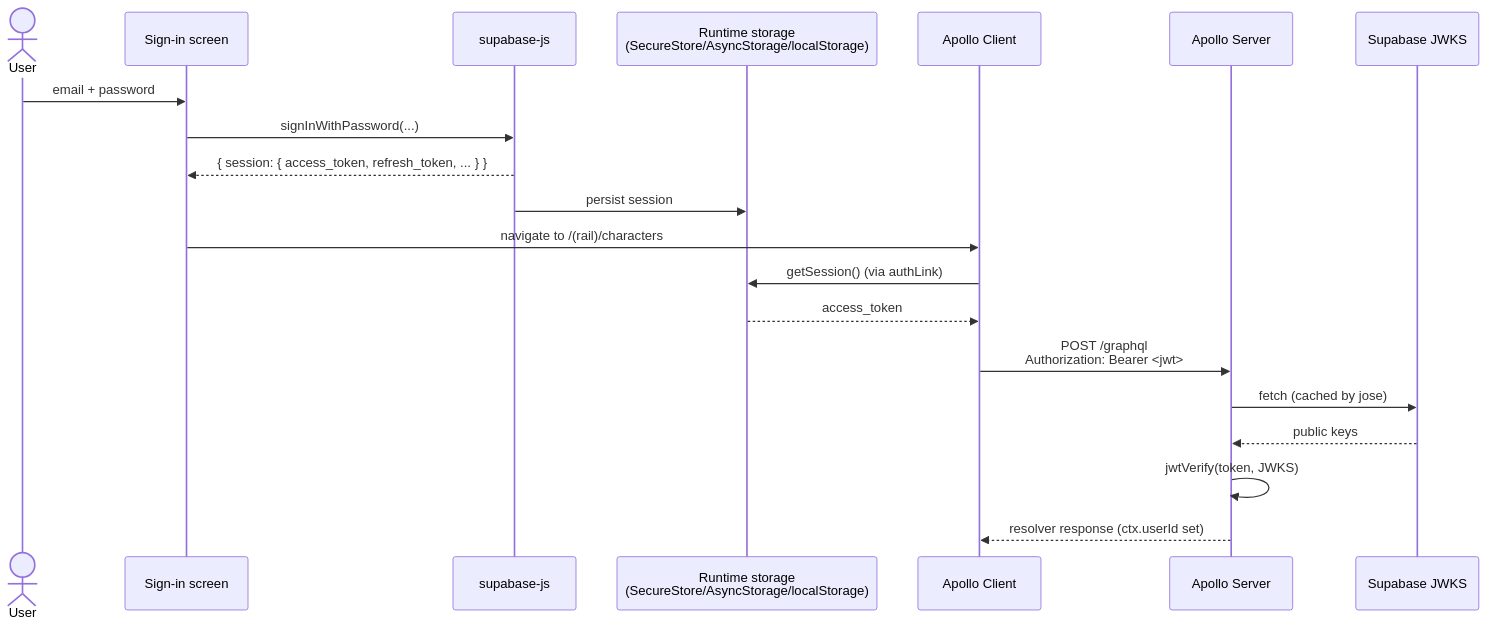
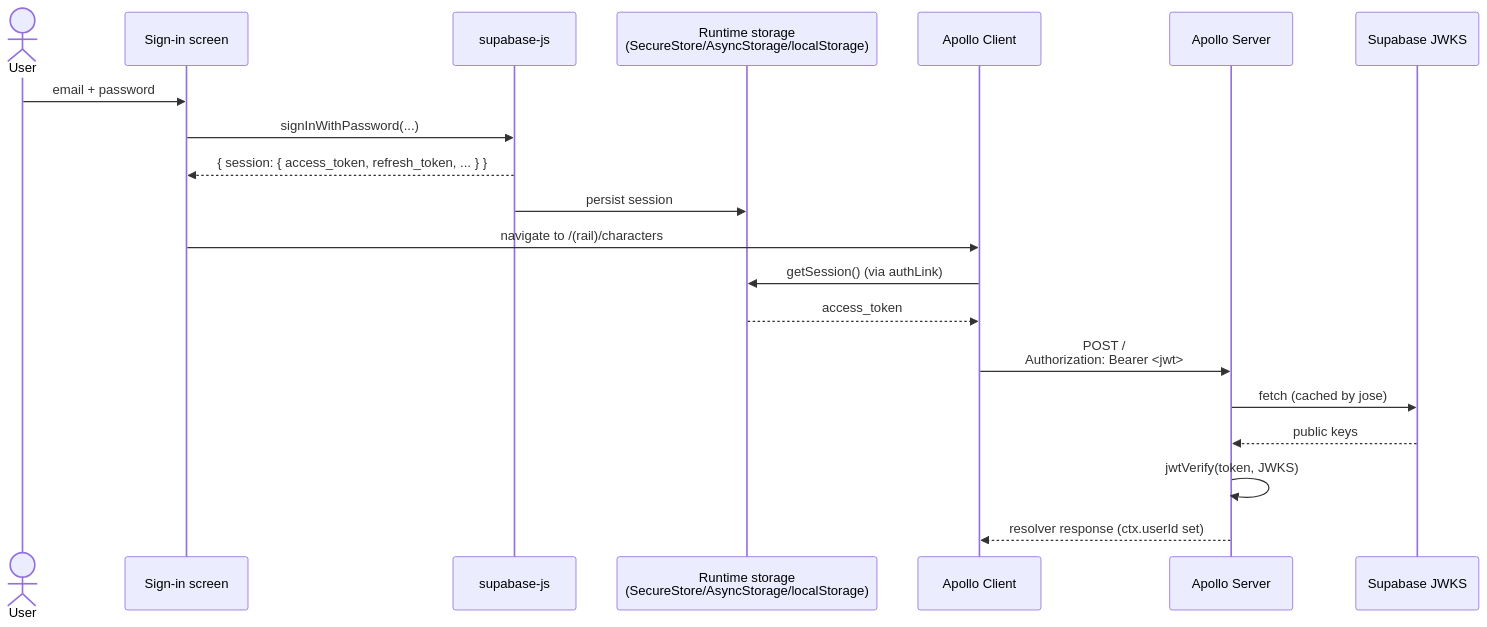
The diagram in docs/features/auth.md (tedleahy/5e-companion), drawn with Mermaid before and after one commit. The commit also changed 5 other files, not shown here.

````diff
--- a/docs/features/auth.md
+++ b/docs/features/auth.md
@@ -7,23 +7,23 @@
 ```mermaid
 sequenceDiagram
     actor User
     participant UI as Sign-in screen
     participant Supa as supabase-js
     participant Store as Runtime storage<br/>(SecureStore/AsyncStorage/localStorage)
     participant Apollo as Apollo Client
     participant Server as Apollo Server
     participant JWKS as Supabase JWKS
 
     User->>UI: email + password
     UI->>Supa: signInWithPassword(...)
     Supa-->>UI: { session: { access_token, refresh_token, ... } }
     Supa->>Store: persist session
     UI->>Apollo: navigate to /(rail)/characters
     Apollo->>Store: getSession() (via authLink)
     Store-->>Apollo: access_token
-    Apollo->>Server: POST /graphql<br/>Authorization: Bearer <jwt>
+    Apollo->>Server: POST /<br/>Authorization: Bearer <jwt>
     Server->>JWKS: fetch (cached by jose)
     JWKS-->>Server: public keys
     Server->>Server: jwtVerify(token, JWKS)
     Server-->>Apollo: resolver response (ctx.userId set)
 ```
````
